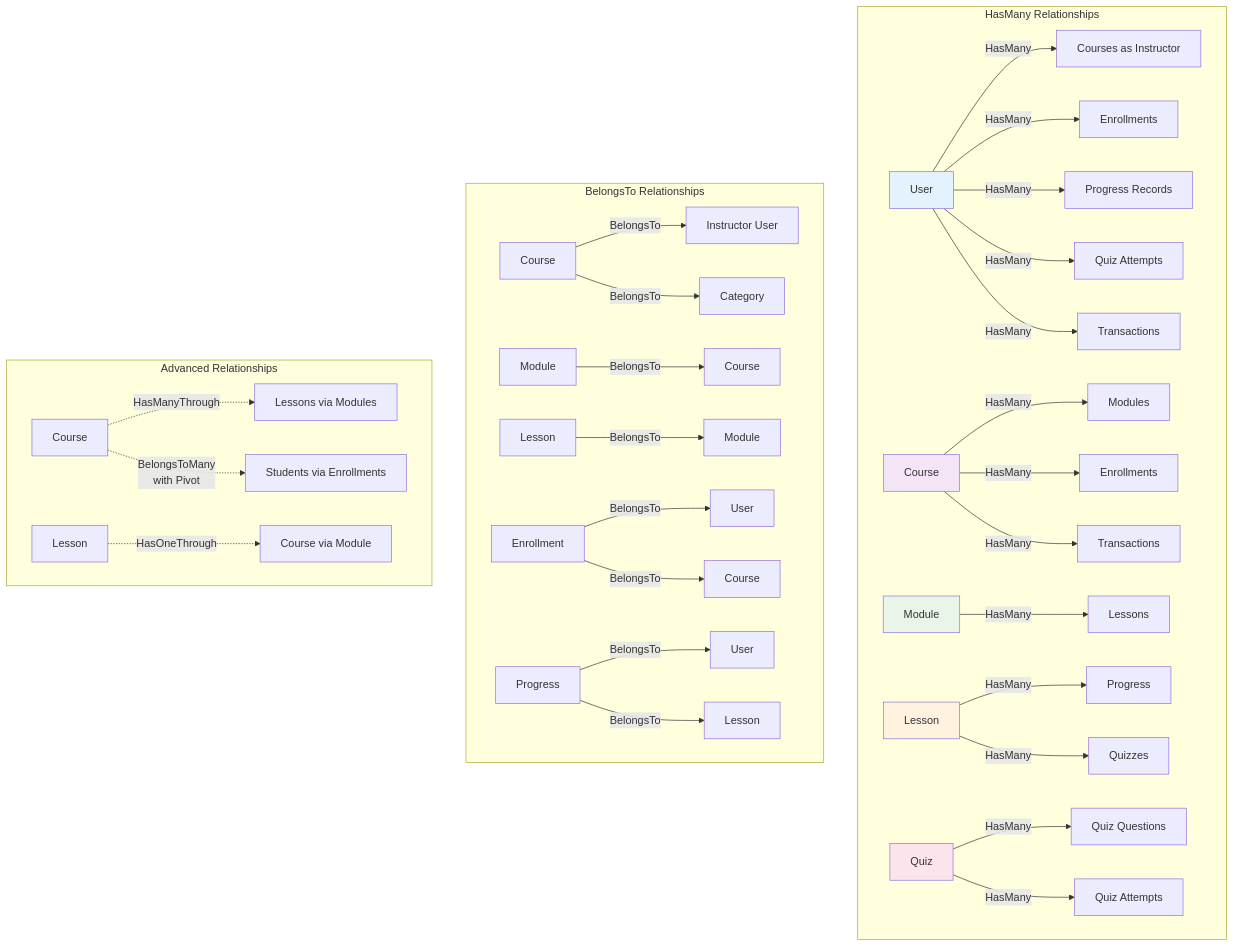
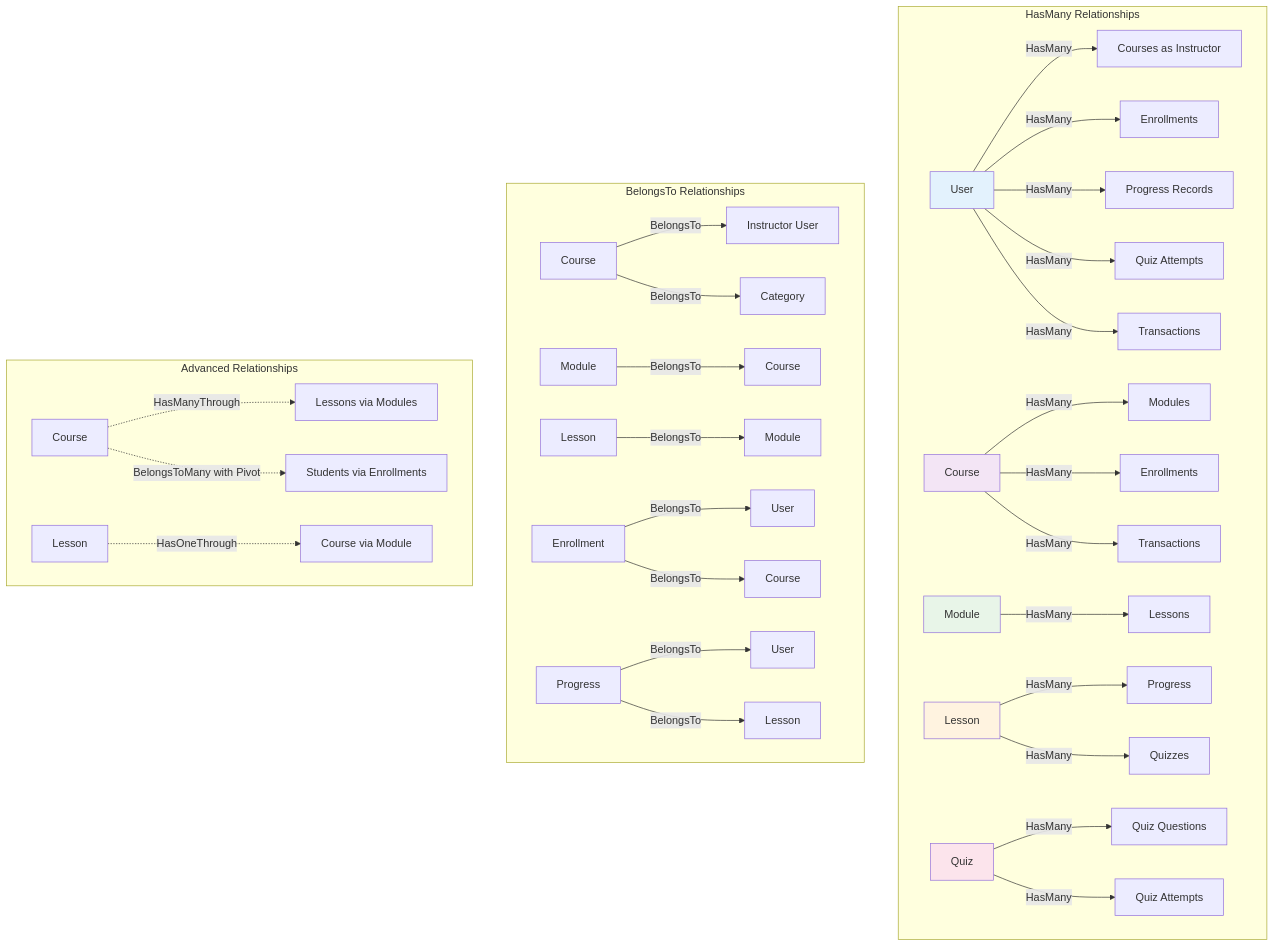
One commit to Shakhoyat/learning_management_system changed the second of 8 diagrams in README.md. Above: the diagram before and after it, drawn with Mermaid. The commit also changed other lines of this file, not shown here.

Commit message:
fix: Update diagram labels and formatting in README for clarity

````diff
--- a/README.md
+++ b/README.md
@@ -310,47 +310,47 @@
 ```mermaid
 graph TB
-    subgraph "HasMany Relationships"
+    subgraph HMR ["HasMany Relationships"]
         U1[User] -->|HasMany| C1[Courses as Instructor]
         U1 -->|HasMany| E1[Enrollments]
         U1 -->|HasMany| P1[Progress Records]
         U1 -->|HasMany| QA1[Quiz Attempts]
         U1 -->|HasMany| T1[Transactions]
         
         C2[Course] -->|HasMany| M1[Modules]
         C2 -->|HasMany| E2[Enrollments]
         C2 -->|HasMany| T2[Transactions]
         
         M2[Module] -->|HasMany| L1[Lessons]
         L2[Lesson] -->|HasMany| P2[Progress]
         L2 -->|HasMany| Q1[Quizzes]
         
         Q2[Quiz] -->|HasMany| QQ1[Quiz Questions]
         Q2 -->|HasMany| QA2[Quiz Attempts]
     end
     
-    subgraph "BelongsTo Relationships"
+    subgraph BTR ["BelongsTo Relationships"]
         C3[Course] -->|BelongsTo| U2[Instructor User]
         C3 -->|BelongsTo| CAT1[Category]
         
         M3[Module] -->|BelongsTo| C4[Course]
         L3[Lesson] -->|BelongsTo| M4[Module]
         
         E3[Enrollment] -->|BelongsTo| U3[User]
         E3 -->|BelongsTo| C5[Course]
         
         P3[Progress] -->|BelongsTo| U4[User]
         P3 -->|BelongsTo| L4[Lesson]
     end
     
-    subgraph "Advanced Relationships"
+    subgraph AR ["Advanced Relationships"]
         C6[Course] -.->|HasManyThrough| L5[Lessons via Modules]
-        C6 -.->|BelongsToMany<br/>with Pivot| U5[Students via Enrollments]
+        C6 -.->|BelongsToMany with Pivot| U5[Students via Enrollments]
         L6[Lesson] -.->|HasOneThrough| C7[Course via Module]
     end
     
     style U1 fill:#e3f2fd
     style C2 fill:#f3e5f5
     style M2 fill:#e8f5e8
     style L2 fill:#fff3e0
     style Q2 fill:#fce4ec
 ```
````
